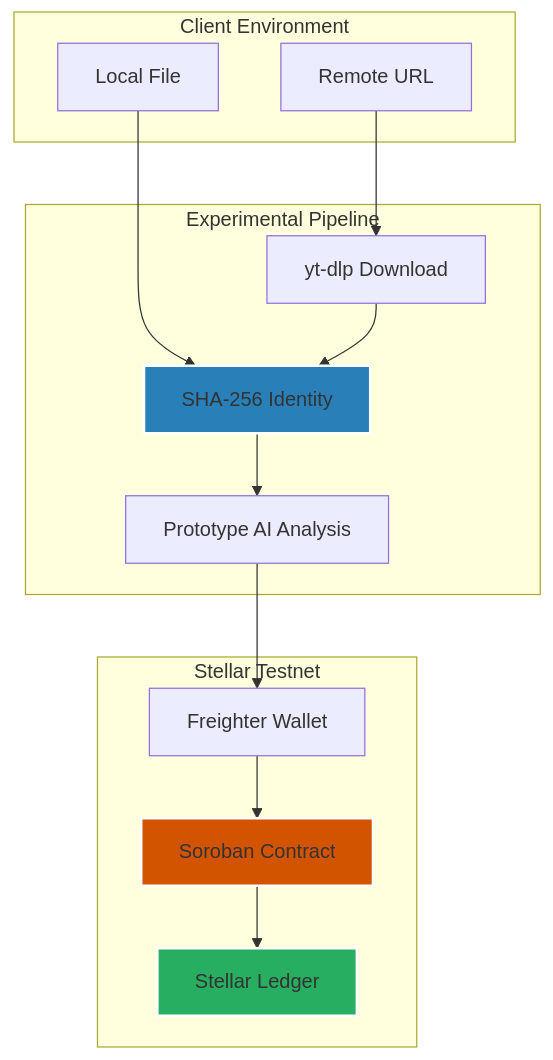
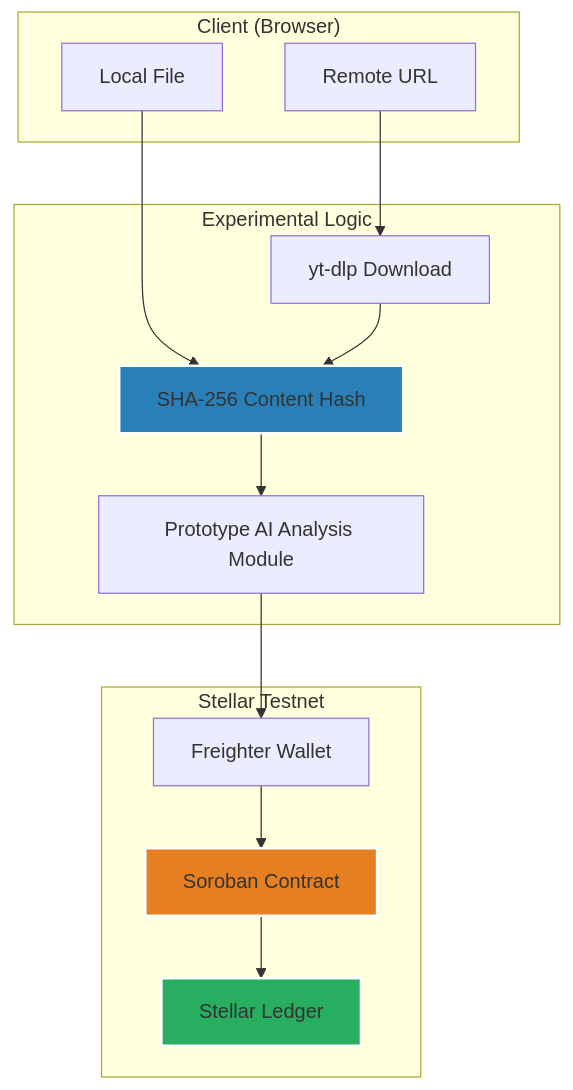
The diagram in README.md (tunisch/AuthentiScan), drawn with Mermaid before and after one commit. The commit also changed other lines of this file and 11 other files, not shown here.

````diff
--- a/README.md
+++ b/README.md
@@ -33,27 +41,27 @@
 ```mermaid
 graph TD
-    subgraph "Client Environment"
+    subgraph "Client (Browser)"
         LF[Local File]
         RU[Remote URL]
     end
 
-    subgraph "Experimental Pipeline"
+    subgraph "Experimental Logic"
         DL[yt-dlp Download]
-        CH[SHA-256 Identity]
-        AI[Prototype AI Analysis]
+        CH[SHA-256 Content Hash]
+        AI[Prototype AI Analysis Module]
     end
 
     subgraph "Stellar Testnet"
         FW[Freighter Wallet]
         SC[Soroban Contract]
         SL[Stellar Ledger]
     end
 
     LF --> CH
     RU --> DL --> CH
     CH --> AI --> FW --> SC --> SL
 
-    style SC fill:#d35400,stroke:#fff,stroke-width:2px
+    style SC fill:#e67e22,stroke:#fff,stroke-width:2px
     style SL fill:#27ae60,stroke:#fff,stroke-width:2px
     style CH fill:#2980b9,stroke:#fff,stroke-width:2px
 ```
````
